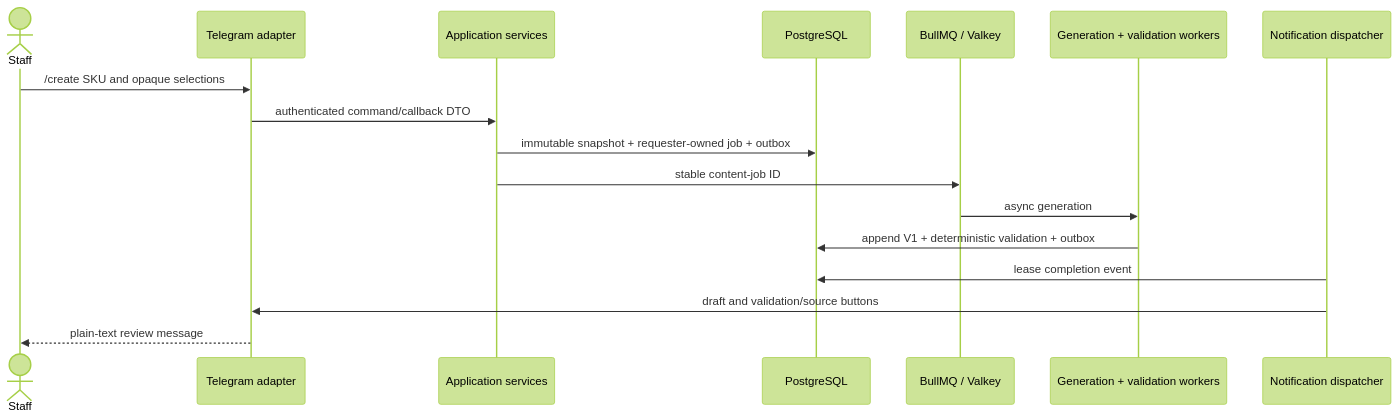
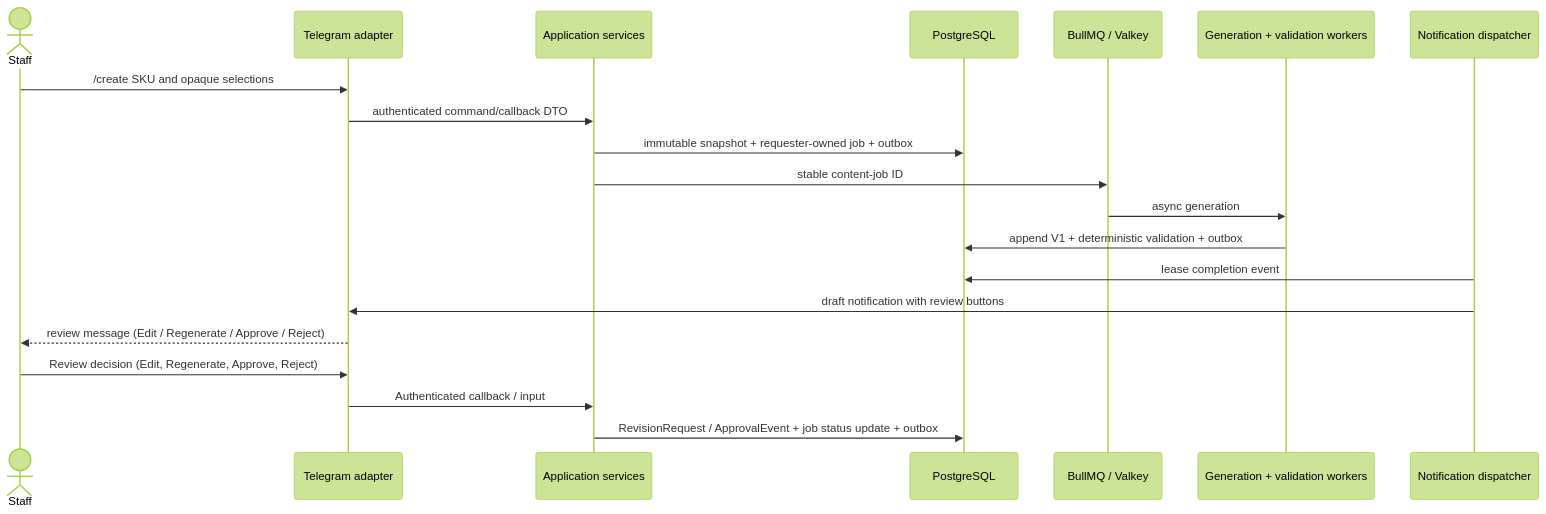
One commit to Thna17/parisian-shopper-ai changed the diagram in docs/content-workflow.md. Above: the diagram before and after it, drawn with Mermaid (forest theme). The commit also changed other lines of this file and 43 other files, not shown here.

Commit message:
feat: add human review revision and approval workflow

````diff
--- a/docs/content-workflow.md
+++ b/docs/content-workflow.md
@@ -5,20 +7,23 @@
 ```mermaid
 sequenceDiagram
     actor Staff
     participant T as Telegram adapter
     participant A as Application services
     participant P as PostgreSQL
     participant Q as BullMQ / Valkey
     participant W as Generation + validation workers
     participant D as Notification dispatcher
 
     Staff->>T: /create SKU and opaque selections
     T->>A: authenticated command/callback DTO
     A->>P: immutable snapshot + requester-owned job + outbox
     A->>Q: stable content-job ID
     Q->>W: async generation
     W->>P: append V1 + deterministic validation + outbox
     D->>P: lease completion event
-    D->>T: draft and validation/source buttons
-    T-->>Staff: plain-text review message
+    D->>T: draft notification with review buttons
+    T-->>Staff: review message (Edit / Regenerate / Approve / Reject)
+    Staff->>T: Review decision (Edit, Regenerate, Approve, Reject)
+    T->>A: Authenticated callback / input
+    A->>P: RevisionRequest / ApprovalEvent + job status update + outbox
 ```
````
